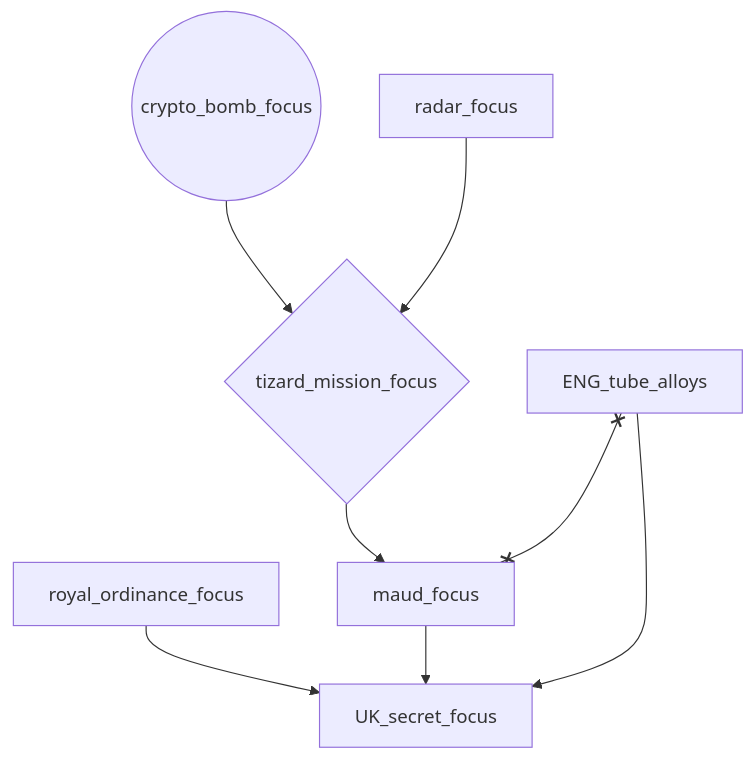
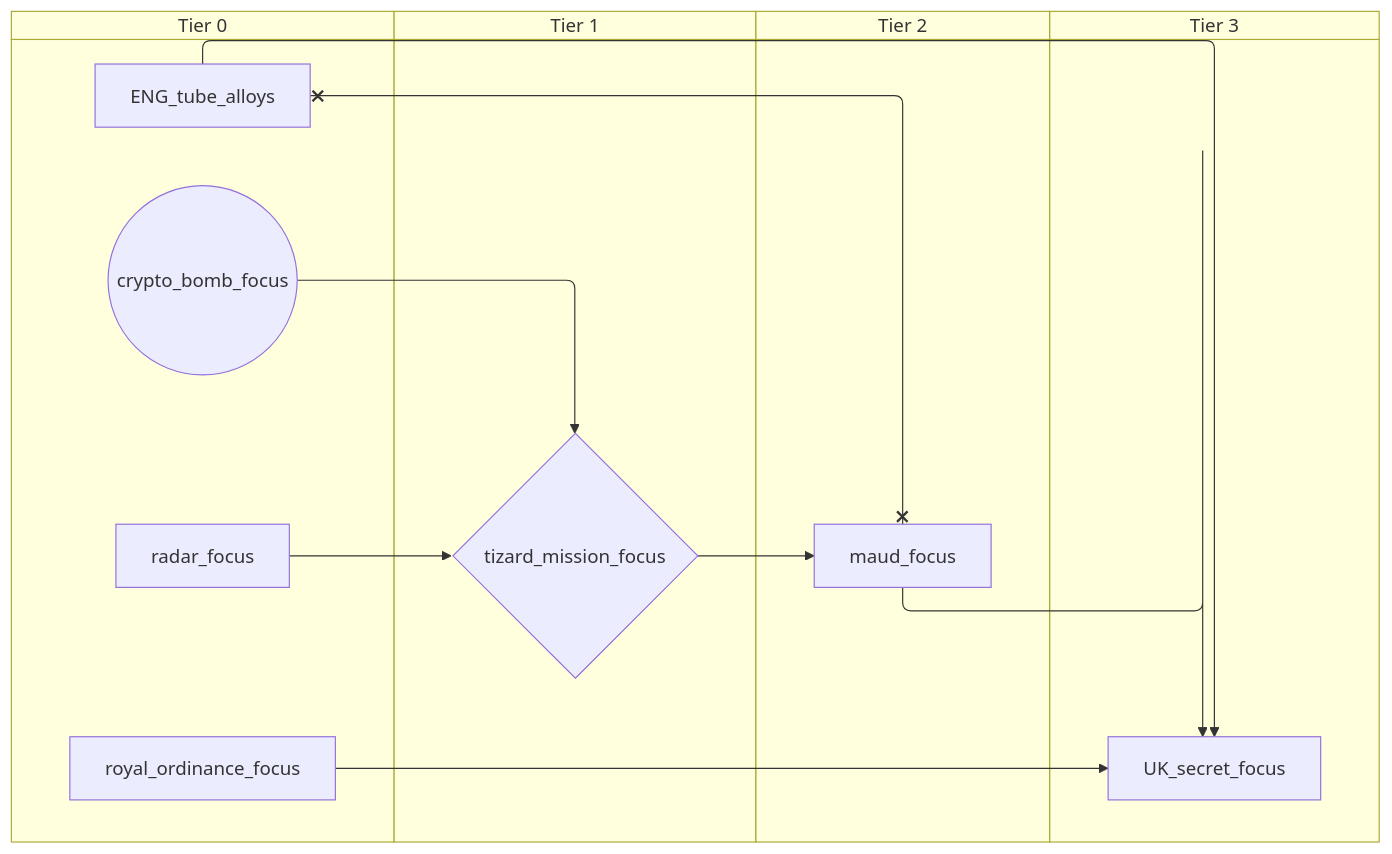
One commit to evgeny-sobol/hoi4-sandbox-mode-r56 changed the eighth of 9 diagrams in docs/gdd/National Focuses/r56/uk.md. Above: the diagram before and after it, drawn with Mermaid. The commit also changed other lines of this file and 423 other files, not shown here.

First line of the commit message:
Re-export Rt56 focus trees as swimlane diagrams

````diff
--- a/docs/gdd/National Focuses/r56/uk.md
+++ b/docs/gdd/National Focuses/r56/uk.md
@@ -626,17 +744,25 @@
 ```mermaid
-flowchart TD
-    n248["ENG_tube_alloys"]
-    n249["UK_secret_focus"]
-    n250(("crypto_bomb_focus"))
-    n251["maud_focus"]
-    n252["radar_focus"]
-    n253["royal_ordinance_focus"]
-    n254{"tizard_mission_focus"}
-    n253 --> n249
-    n251 --> n249
-    n248 --> n249
-    n254 --> n251
-    n250 --> n254
-    n252 --> n254
-    n248 x--x n251
+swimlane-beta TD
+    subgraph tier_0["Tier 0"]
+        n248["ENG_tube_alloys"]
+        n249(("crypto_bomb_focus"))
+        n250["radar_focus"]
+        n251["royal_ordinance_focus"]
+    end
+    subgraph tier_1["Tier 1"]
+        n252{"tizard_mission_focus"}
+    end
+    subgraph tier_2["Tier 2"]
+        n253["maud_focus"]
+    end
+    subgraph tier_3["Tier 3"]
+        n254["UK_secret_focus"]
+    end
+    n251 --> n254
+    n253 --> n254
+    n248 --> n254
+    n252 --> n253
+    n249 --> n252
+    n250 --> n252
+    n248 x--x n253
 ```
````
